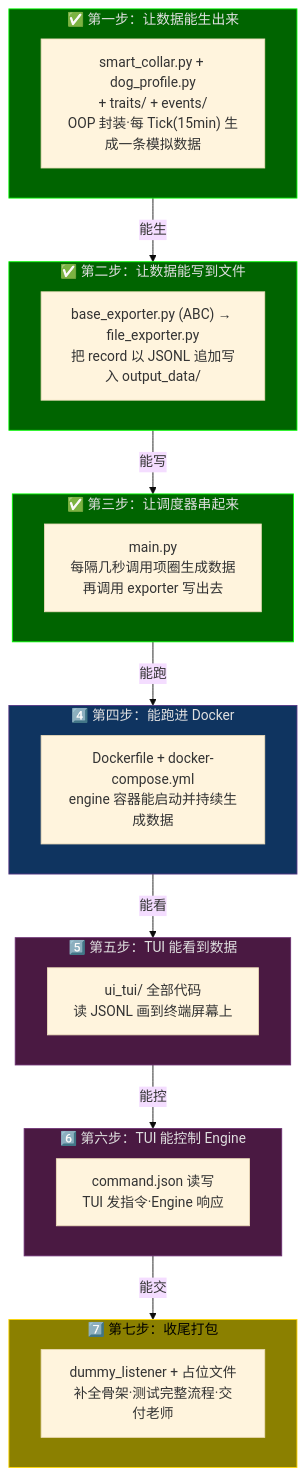
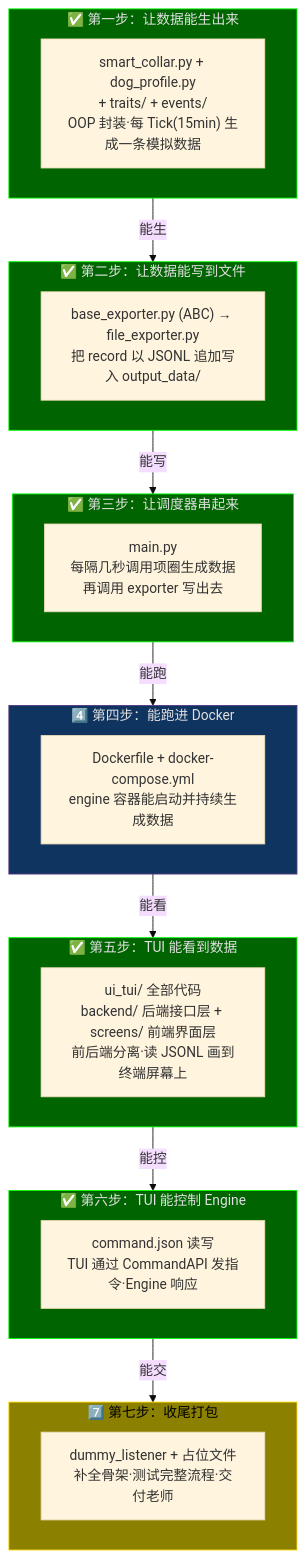
One commit to ywcyt/PetNode changed the second of 7 diagrams in C_end_Simulator/README.md. Above: the diagram before and after it, drawn with Mermaid (base theme). The commit also changed other lines of this file and 4 other files, not shown here.

First line of the commit message:
fix: CSS margin auto issue, update README with TUI API docs and architecture

````diff
--- a/C_end_Simulator/README.md
+++ b/C_end_Simulator/README.md
@@ -200,46 +208,46 @@
 ```mermaid
 flowchart TD
     subgraph Step1["✅ 第一步：让数据能生出来"]
         s1["smart_collar.py + dog_profile.py<br/>+ traits/ + events/<br/>OOP 封装·每 Tick(15min) 生成一条模拟数据"]
     end
 
     subgraph Step2["✅ 第二步：让数据能写到文件"]
         s2["base_exporter.py (ABC) → file_exporter.py<br/>把 record 以 JSONL 追加写入 output_data/"]
     end
 
     subgraph Step3["✅ 第三步：让调度器串起来"]
         s3["main.py<br/>每隔几秒调用项圈生成数据<br/>再调用 exporter 写出去"]
     end
 
     subgraph Step4["4️⃣ 第四步：能跑进 Docker"]
         s4["Dockerfile + docker-compose.yml<br/>engine 容器能启动并持续生成数据"]
     end
 
-    subgraph Step5["5️⃣ 第五步：TUI 能看到数据"]
-        s5["ui_tui/ 全部代码<br/>读 JSONL 画到终端屏幕上"]
+    subgraph Step5["✅ 第五步：TUI 能看到数据"]
+        s5["ui_tui/ 全部代码<br/>backend/ 后端接口层 + screens/ 前端界面层<br/>前后端分离·读 JSONL 画到终端屏幕上"]
     end
 
-    subgraph Step6["6️⃣ 第六步：TUI 能控制 Engine"]
-        s6["command.json 读写<br/>TUI 发指令·Engine 响应"]
+    subgraph Step6["✅ 第六步：TUI 能控制 Engine"]
+        s6["command.json 读写<br/>TUI 通过 CommandAPI 发指令·Engine 响应"]
     end
 
     subgraph Step7["7️⃣ 第七步：收尾打包"]
         s7["dummy_listener + 占位文件<br/>补全骨架·测试完整流程·交付老师"]
     end
 
     Step1 -->|"能生"| Step2
     Step2 -->|"能写"| Step3
     Step3 -->|"能跑"| Step4
     Step4 -->|"能看"| Step5
     Step5 -->|"能控"| Step6
     Step6 -->|"能交"| Step7
 
     style Step1 fill:#006400,stroke:#00FF00,color:#e0e0e0
     style Step2 fill:#006400,stroke:#00FF00,color:#e0e0e0
     style Step3 fill:#006400,stroke:#00FF00,color:#e0e0e0
     style Step4 fill:#0f3460,stroke:#533483,color:#e0e0e0
-    style Step5 fill:#4a1942,stroke:#6a2c70,color:#e0e0e0
-    style Step6 fill:#4a1942,stroke:#6a2c70,color:#e0e0e0
+    style Step5 fill:#006400,stroke:#00FF00,color:#e0e0e0
+    style Step6 fill:#006400,stroke:#00FF00,color:#e0e0e0
     style Step7 fill:#8B8000,stroke:#FFD700,color:#000
 
 ```
````
